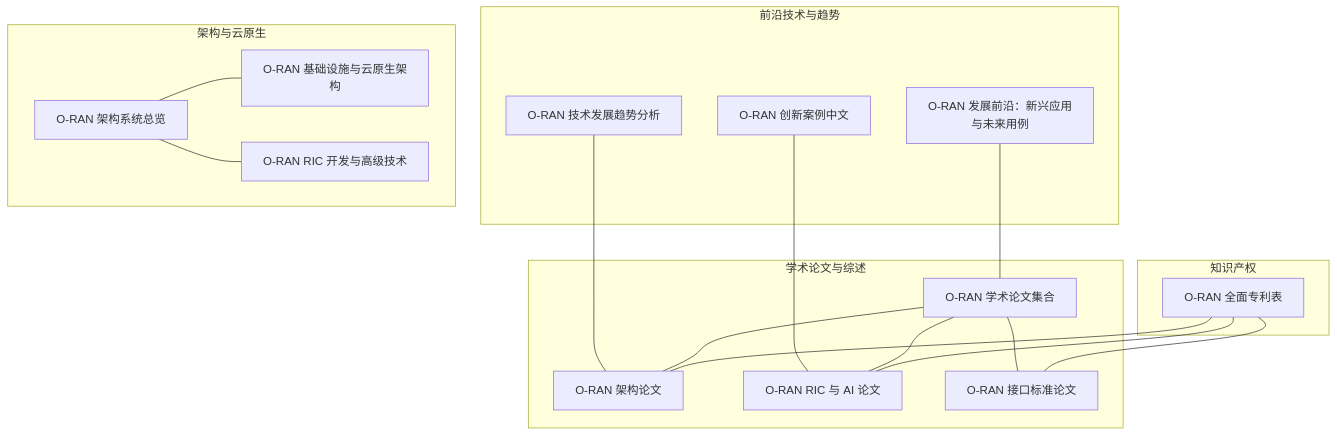
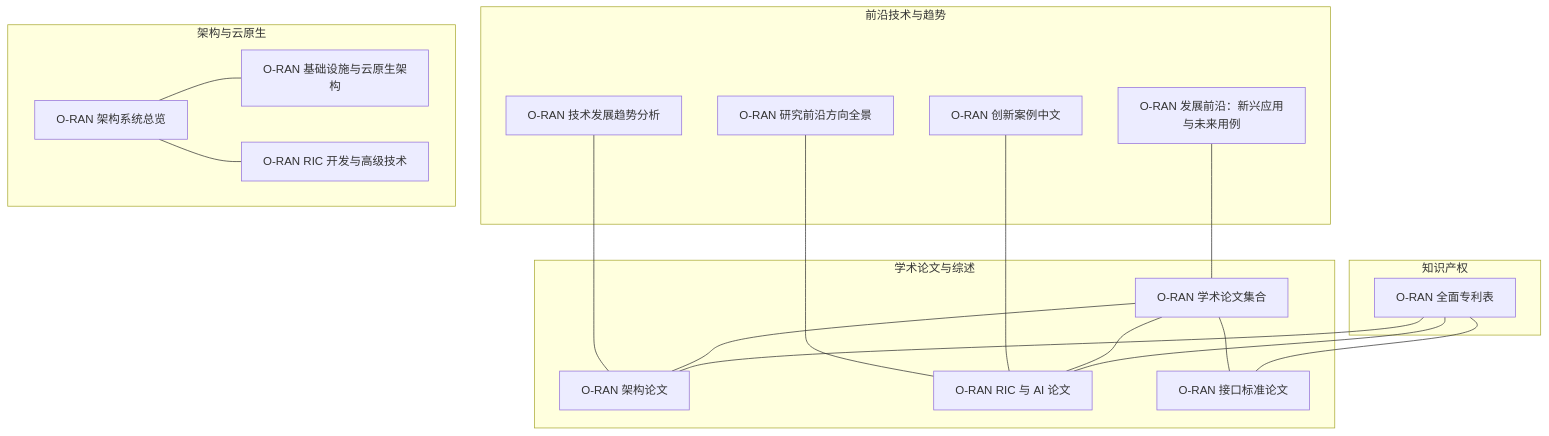
Before and after one commit to allengaller/oran-database: the first of 7 diagrams in .qoder/repowiki/zh/content/未来发展/研究前沿动态/研究前沿动态.md, drawn with Mermaid. The commit also changed other lines of this file and 32 other files, not shown here.

````diff
--- a/.qoder/repowiki/zh/content/未来发展/研究前沿动态/研究前沿动态.md
+++ b/.qoder/repowiki/zh/content/未来发展/研究前沿动态/研究前沿动态.md
@@ -36,33 +47,35 @@
 ```mermaid
 graph TB
 subgraph "前沿技术与趋势"
 A1["O-RAN 发展前沿：新兴应用与未来用例"]
 A2["O-RAN 技术发展趋势分析"]
-A3["O-RAN 创新案例中文"]
+A3["O-RAN 研究前沿方向全景"]
+A4["O-RAN 创新案例中文"]
 end
 subgraph "学术论文与综述"
 B1["O-RAN 学术论文集合"]
 B2["O-RAN 架构论文"]
 B3["O-RAN RIC 与 AI 论文"]
 B4["O-RAN 接口标准论文"]
 end
 subgraph "架构与云原生"
 C1["O-RAN 架构系统总览"]
 C2["O-RAN 基础设施与云原生架构"]
 C3["O-RAN RIC 开发与高级技术"]
 end
 subgraph "知识产权"
 D1["O-RAN 全面专利表"]
 end
 A1 --- B1
 A2 --- B2
 A3 --- B3
+A4 --- B3
 B1 --- B2
 B1 --- B3
 B1 --- B4
 C1 --- C2
 C1 --- C3
 D1 --- B2
 D1 --- B3
 D1 --- B4
 ```
````
